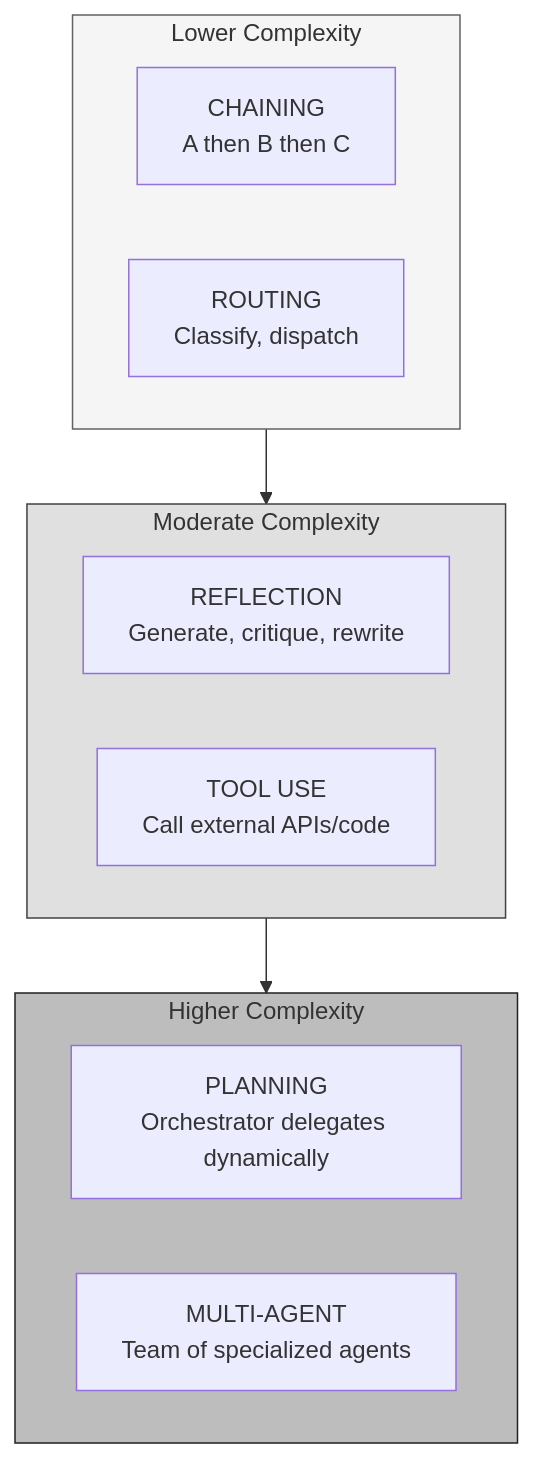
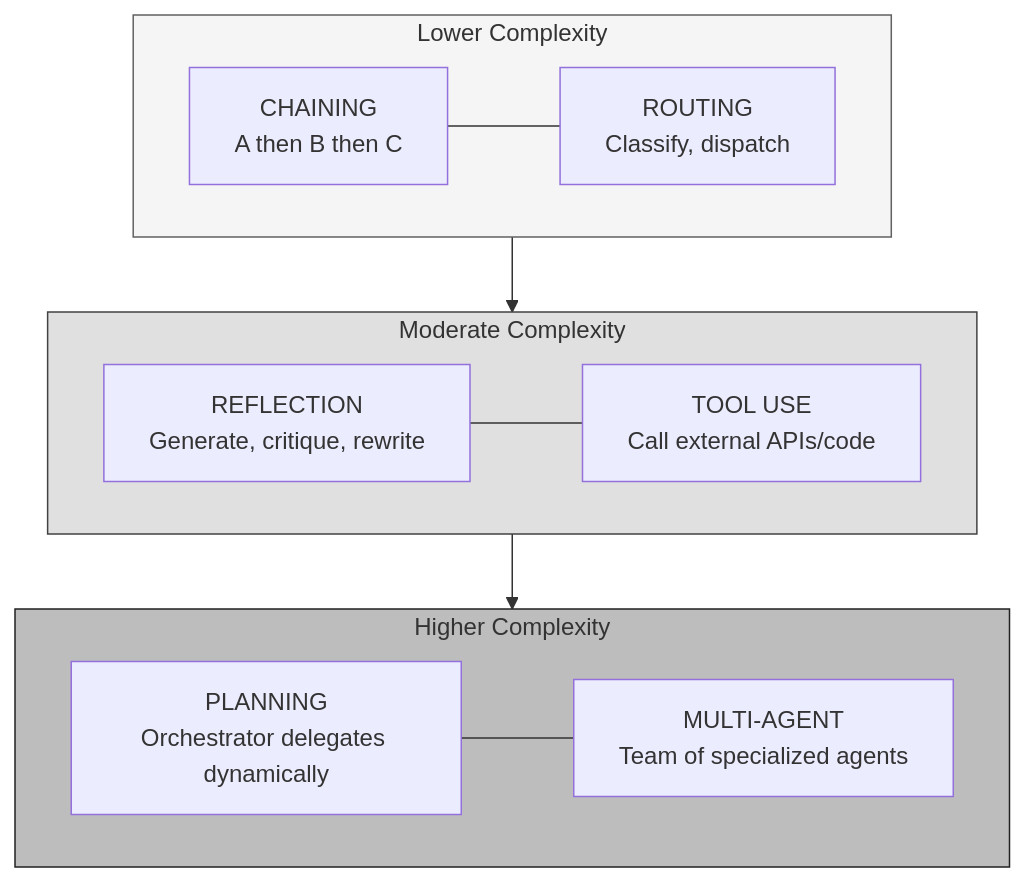
One commit to Shekharrajak/agent-design-patterns changed the first of 8 diagrams in docs/posts/02-the-six-patterns.md. Above: the diagram before and after it, drawn with Mermaid. The commit also changed 7 other files, not shown here.

Commit message:
fix: resolve Mermaid rendering issues across all chapters

````diff
--- a/docs/posts/02-the-six-patterns.md
+++ b/docs/posts/02-the-six-patterns.md
@@ -13,21 +13,18 @@
 ```mermaid
 graph TB
     subgraph SIMPLE["Lower Complexity"]
-        P1["CHAINING<br/>A then B then C"]
-        P2["ROUTING<br/>Classify, dispatch"]
+        P1["CHAINING<br/>A then B then C"] --- P2["ROUTING<br/>Classify, dispatch"]
     end
     subgraph MODERATE["Moderate Complexity"]
-        P3["REFLECTION<br/>Generate, critique, rewrite"]
-        P4["TOOL USE<br/>Call external APIs/code"]
+        P3["REFLECTION<br/>Generate, critique, rewrite"] --- P4["TOOL USE<br/>Call external APIs/code"]
     end
     subgraph ADVANCED["Higher Complexity"]
-        P5["PLANNING<br/>Orchestrator delegates dynamically"]
-        P6["MULTI-AGENT<br/>Team of specialized agents"]
+        P5["PLANNING<br/>Orchestrator delegates dynamically"] --- P6["MULTI-AGENT<br/>Team of specialized agents"]
     end
 
     SIMPLE --> MODERATE --> ADVANCED
 
     style SIMPLE fill:#f5f5f5,stroke:#616161
     style MODERATE fill:#e0e0e0,stroke:#424242
     style ADVANCED fill:#bdbdbd,stroke:#212121
 ```
````
